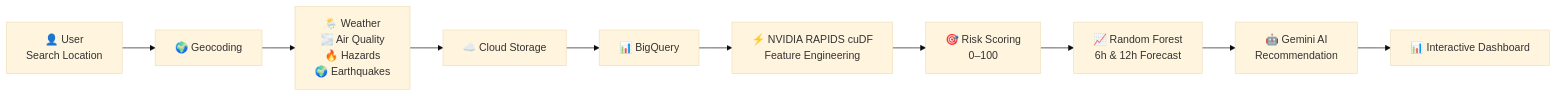
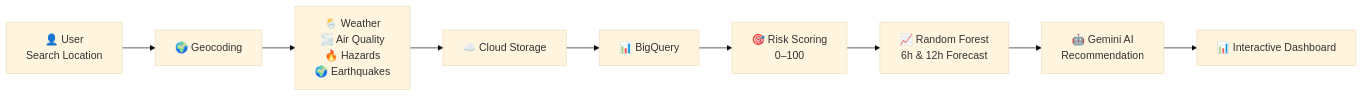
Before and after one commit to Ak-Nobelwolf/RiskSense-AI: the second of 2 diagrams in README.md, drawn with Mermaid (base theme). The commit also changed other lines of this file and 4 other files, not shown here.

````diff
--- a/README.md
+++ b/README.md
@@ -236,30 +226,27 @@
 ```mermaid
 flowchart LR
 
 A["👤 User<br/>Search Location"]
 
 --> B["🌍 Geocoding"]
 
 --> C["🌦️ Weather
 🌫️ Air Quality
 🔥 Hazards
 🌍 Earthquakes"]
 
 --> D["☁️ Cloud Storage"]
 
 --> E["📊 BigQuery"]
 
---> F["⚡ NVIDIA RAPIDS cuDF
-Feature Engineering"]
-
---> G["🎯 Risk Scoring
+--> F["🎯 Risk Scoring
 0–100"]
 
 --> H["📈 Random Forest
 6h & 12h Forecast"]
 
 --> I["🤖 Gemini AI
 Recommendation"]
 
 --> J["📊 Interactive Dashboard"]
 ```
````
